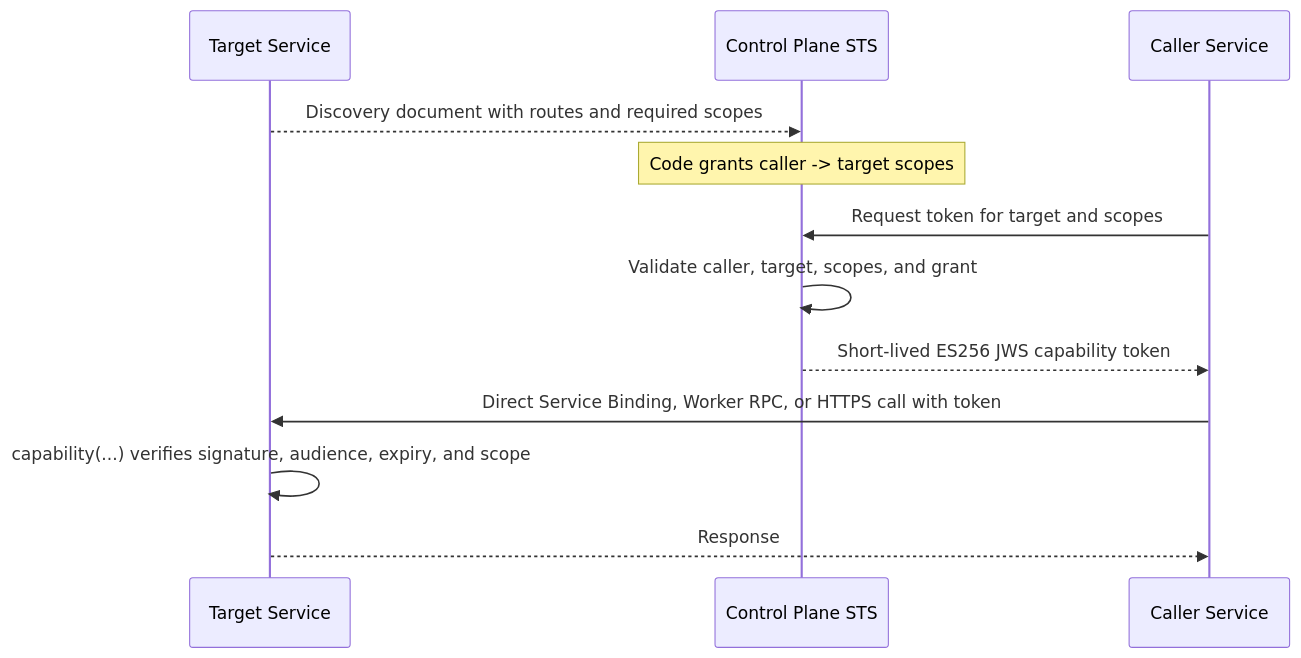
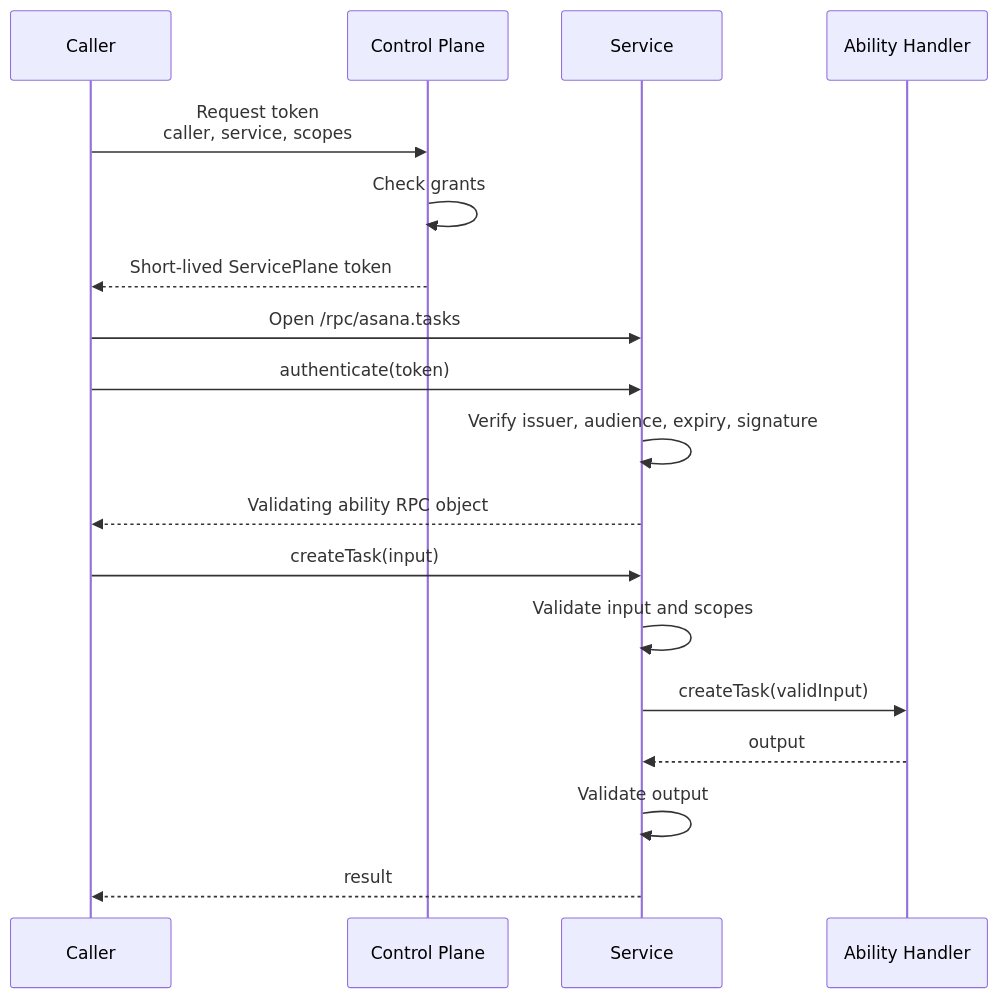
Before and after one commit to JUVOJustin/service-plane: the first of 3 diagrams in docs/architecture.md, drawn with Mermaid. The commit also changed other lines of this file and 59 other files, not shown here.

Commit message:
Rewrite service plane around abilities

````diff
--- a/docs/architecture.md
+++ b/docs/architecture.md
@@ -9,15 +27,21 @@
 ```mermaid
 sequenceDiagram
-  participant Target as Target Service
-  participant Control as Control Plane STS
-  participant Caller as Caller Service
+  participant Caller as Caller
+  participant Plane as Control Plane
+  participant Service as Service
+  participant Handler as Ability Handler
 
-  Target-->>Control: Discovery document with routes and required scopes
-  Note over Control: Code grants caller -> target scopes
-  Caller->>Control: Request token for target and scopes
-  Control->>Control: Validate caller, target, scopes, and grant
-  Control-->>Caller: Short-lived ES256 JWS capability token
-  Caller->>Target: Direct Service Binding, Worker RPC, or HTTPS call with token
-  Target->>Target: capability(...) verifies signature, audience, expiry, and scope
-  Target-->>Caller: Response
+  Caller->>Plane: Request token<br/>caller, service, scopes
+  Plane->>Plane: Check grants
+  Plane-->>Caller: Short-lived ServicePlane token
+  Caller->>Service: Open /rpc/asana.tasks
+  Caller->>Service: authenticate(token)
+  Service->>Service: Verify issuer, audience, expiry, signature
+  Service-->>Caller: Validating ability RPC object
+  Caller->>Service: createTask(input)
+  Service->>Service: Validate input and scopes
+  Service->>Handler: createTask(validInput)
+  Handler-->>Service: output
+  Service->>Service: Validate output
+  Service-->>Caller: result
 ```
````
